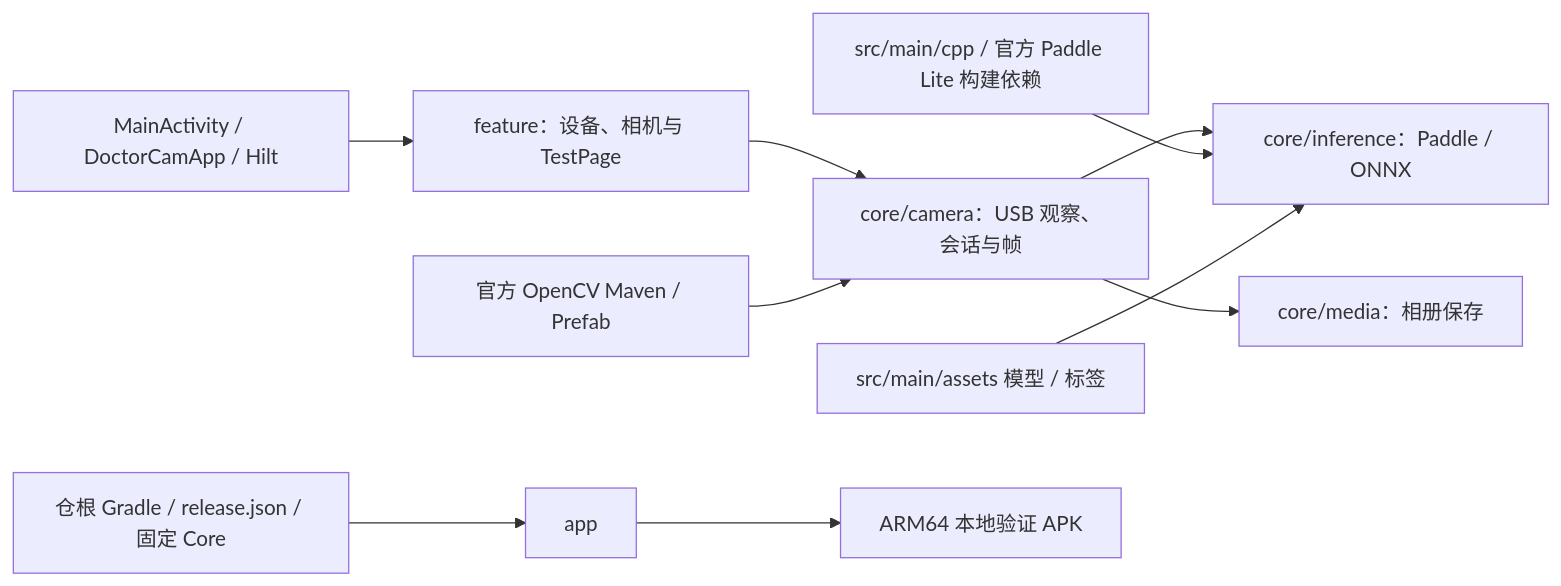
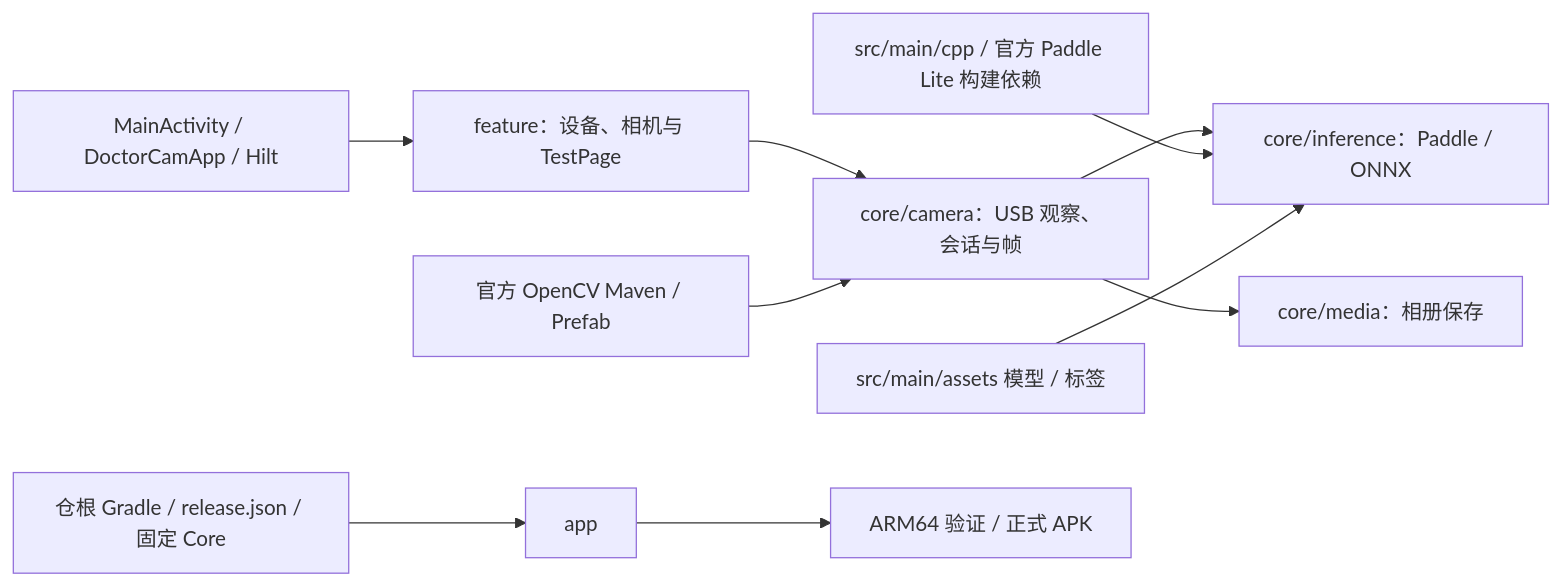
One commit to darren-you/doctor-cam changed the diagram in app/README.md. Above: the diagram before and after it, drawn with Mermaid. The commit also changed other lines of this file and 14 other files, not shown here.

````diff
--- a/app/README.md
+++ b/app/README.md
@@ -7,12 +7,12 @@
 ```mermaid
 flowchart LR
     root[仓根 Gradle / release.json / 固定 Core] --> app[app]
     entry[MainActivity / DoctorCamApp / Hilt] --> features[feature：设备、相机与 TestPage]
     features --> camera[core/camera：USB 观察、会话与帧]
     camera --> inference[core/inference：Paddle / ONNX]
     camera --> media[core/media：相册保存]
     opencv[官方 OpenCV Maven / Prefab] --> camera
     cpp[src/main/cpp / 官方 Paddle Lite 构建依赖] --> inference
     assets[src/main/assets 模型 / 标签] --> inference
-    app --> apk[ARM64 本地验证 APK]
+    app --> apk[ARM64 验证 / 正式 APK]
 ```
````
